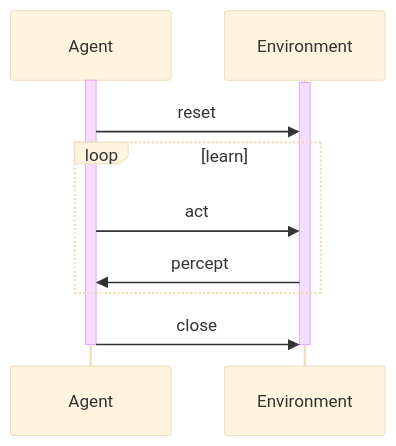
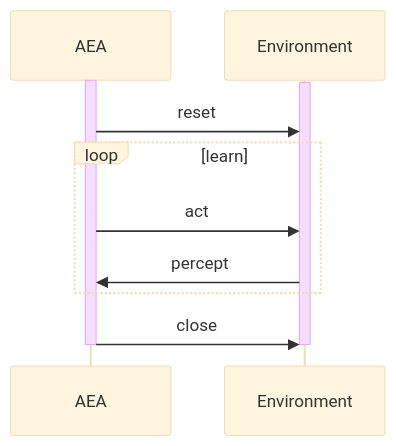
One commit to legendarydeveloper919/agents-aea changed the diagram in docs/gym-skill.md. Above: the diagram before and after it, drawn with Mermaid (base theme). The commit also changed other lines of this file and 11 other files, not shown here.

```diff
--- a/docs/gym-skill.md
+++ b/docs/gym-skill.md
@@ -71,17 +71,17 @@
 <div class="mermaid">
     sequenceDiagram
-        participant Agent
+        participant AEA
         participant Environment
     
-        activate Agent
+        activate AEA
         activate Environment
-        Agent->>Environment: reset
+        AEA->>Environment: reset
         loop learn
-            Agent->>Environment: act
-            Environment->>Agent: percept
+            AEA->>Environment: act
+            Environment->>AEA: percept
         end
-        Agent->>Environment: close
+        AEA->>Environment: close
         
-        deactivate Agent
+        deactivate AEA
         deactivate Environment
 </div>
```
